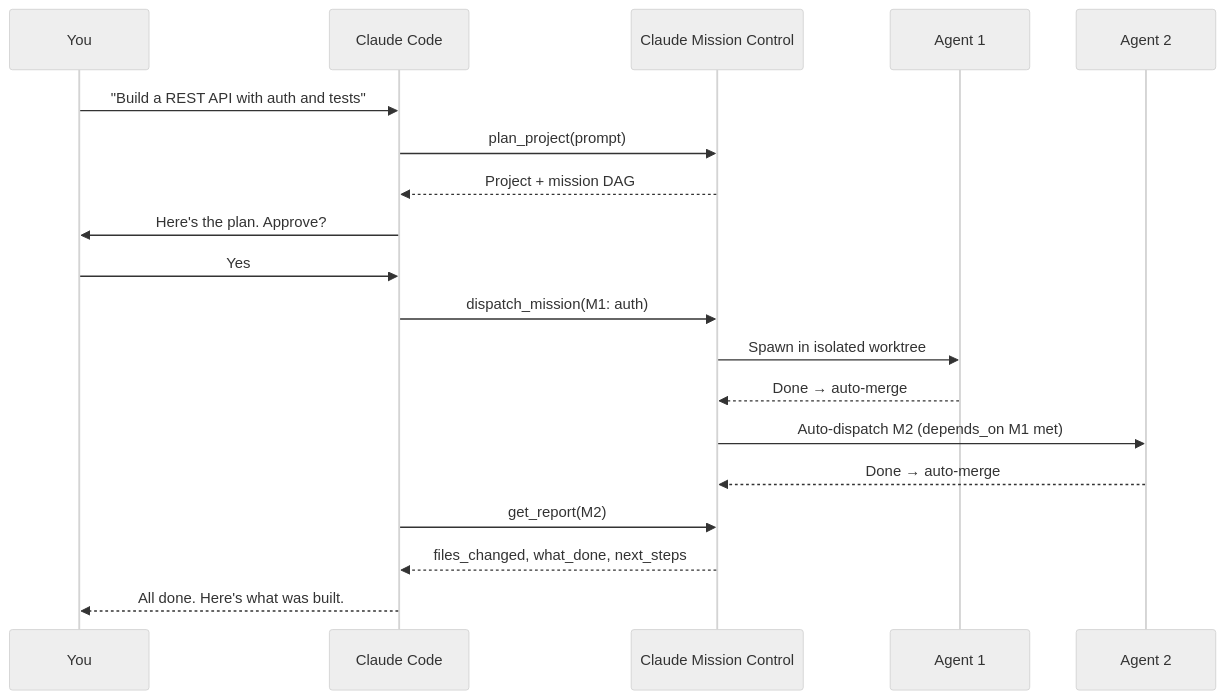
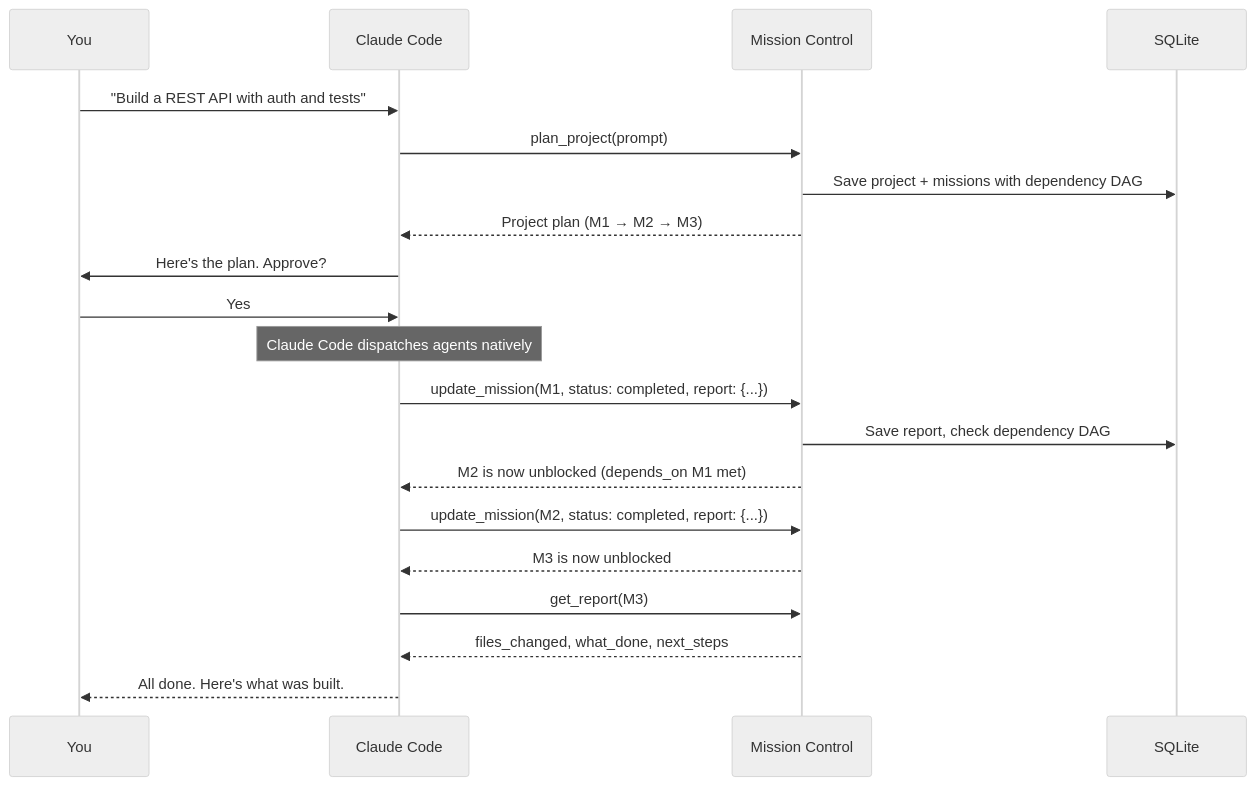
One commit to Cyvid7-Darus10/claude-mission-control changed the first of 2 diagrams in README.md. Above: the diagram before and after it, drawn with Mermaid (neutral theme). The commit also changed other lines of this file, not shown here.

First line of the commit message:
feat: rewrite README to position as mission tracker, not agent dispatcher

````diff
--- a/README.md
+++ b/README.md
@@ -67,22 +66,25 @@
 ```mermaid
 sequenceDiagram
     participant U as You
     participant C as Claude Code
-    participant F as Claude Mission Control
-    participant A1 as Agent 1
-    participant A2 as Agent 2
+    participant MC as Mission Control
+    participant DB as SQLite
 
     U->>C: "Build a REST API with auth and tests"
-    C->>F: plan_project(prompt)
-    F-->>C: Project + mission DAG
+    C->>MC: plan_project(prompt)
+    MC->>DB: Save project + missions with dependency DAG
+    MC-->>C: Project plan (M1 → M2 → M3)
     C->>U: Here's the plan. Approve?
     U->>C: Yes
-    C->>F: dispatch_mission(M1: auth)
-    F->>A1: Spawn in isolated worktree
-    A1-->>F: Done → auto-merge
-    F->>A2: Auto-dispatch M2 (depends_on M1 met)
-    A2-->>F: Done → auto-merge
-    C->>F: get_report(M2)
-    F-->>C: files_changed, what_done, next_steps
+
+    Note over C: Claude Code dispatches agents natively
+
+    C->>MC: update_mission(M1, status: completed, report: {...})
+    MC->>DB: Save report, check dependency DAG
+    MC-->>C: M2 is now unblocked (depends_on M1 met)
+    C->>MC: update_mission(M2, status: completed, report: {...})
+    MC-->>C: M3 is now unblocked
+    C->>MC: get_report(M3)
+    MC-->>C: files_changed, what_done, next_steps
     C-->>U: All done. Here's what was built.
 ```
````
